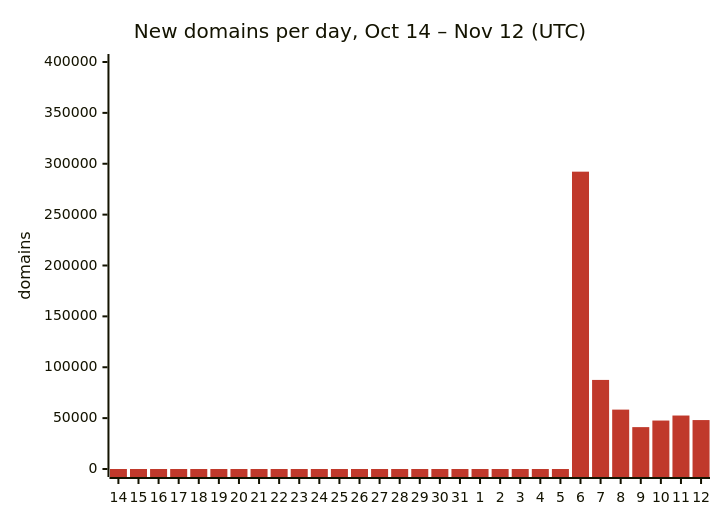
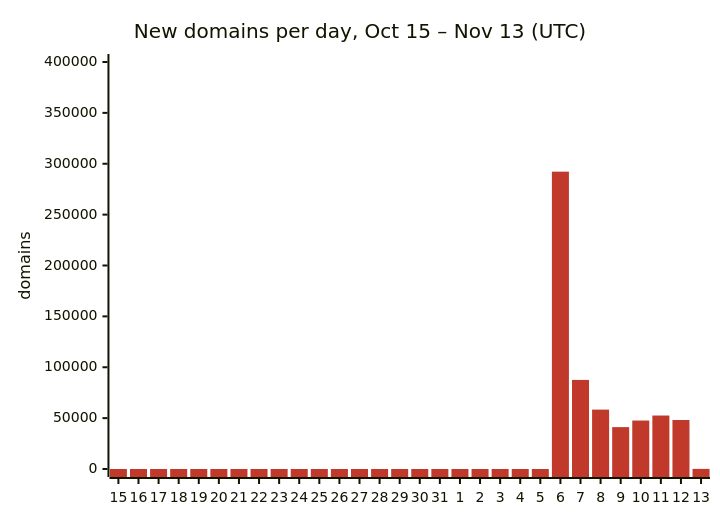
Before and after one commit to DNSBunker/CTI: the first of 3 diagrams in README.md, drawn with Mermaid. The commit also changed other lines of this file and 3 other files, not shown here.

First line of the commit message:
Update 2026-11-13 00:07 UTC: 344458 domains

````diff
--- a/README.md
+++ b/README.md
@@ -29,8 +29,8 @@
 ```mermaid
 %%{init: {"themeVariables": {"xyChart": {"plotColorPalette": "#c0392b"}}}}%%
 xychart-beta
-    title "New domains per day, Oct 14 – Nov 12 (UTC)"
-    x-axis ["14", "15", "16", "17", "18", "19", "20", "21", "22", "23", "24", "25", "26", "27", "28", "29", "30", "31", "1", "2", "3", "4", "5", "6", "7", "8", "9", "10", "11", "12"]
+    title "New domains per day, Oct 15 – Nov 13 (UTC)"
+    x-axis ["15", "16", "17", "18", "19", "20", "21", "22", "23", "24", "25", "26", "27", "28", "29", "30", "31", "1", "2", "3", "4", "5", "6", "7", "8", "9", "10", "11", "12", "13"]
     y-axis "domains" 0 --> 400000
-    bar [0, 0, 0, 0, 0, 0, 0, 0, 0, 0, 0, 0, 0, 0, 0, 0, 0, 0, 0, 0, 0, 0, 0, 292213, 87546, 58360, 41156, 47623, 52549, 48090]
+    bar [0, 0, 0, 0, 0, 0, 0, 0, 0, 0, 0, 0, 0, 0, 0, 0, 0, 0, 0, 0, 0, 0, 292213, 87546, 58360, 41156, 47623, 52549, 48149, 104]
 ```
````
